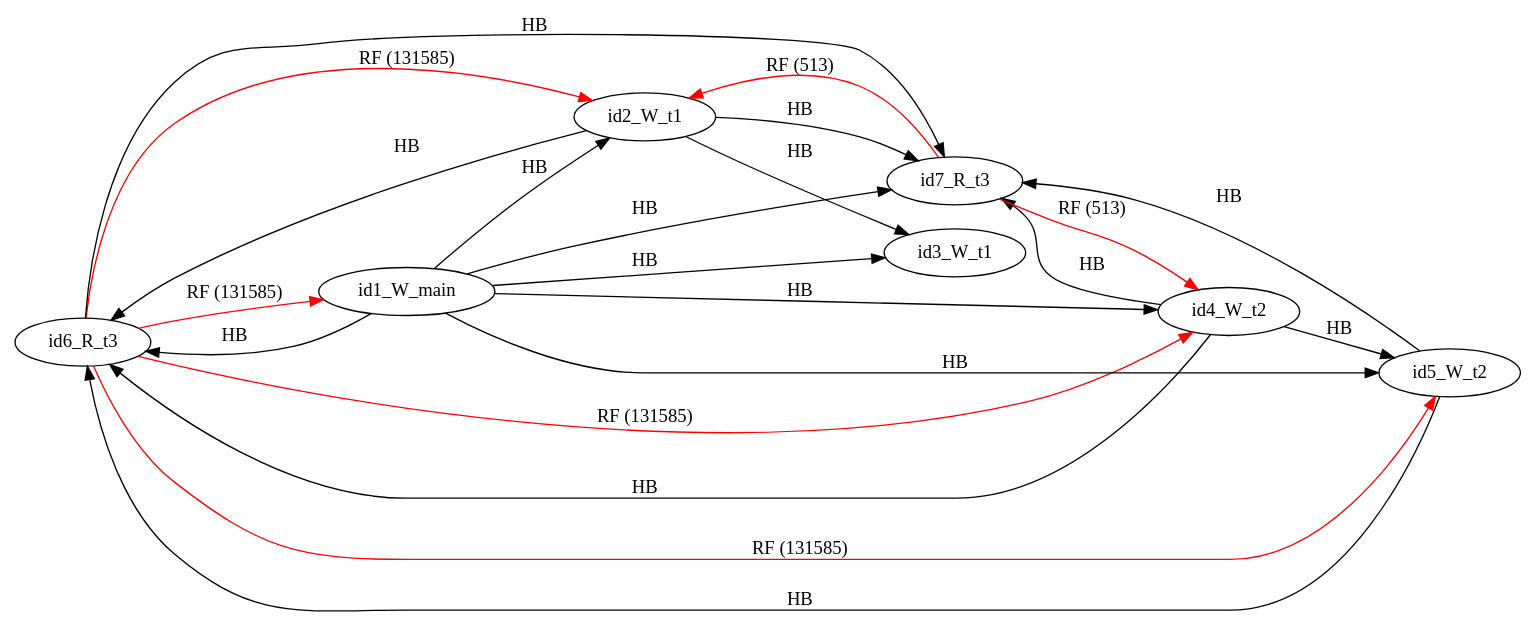
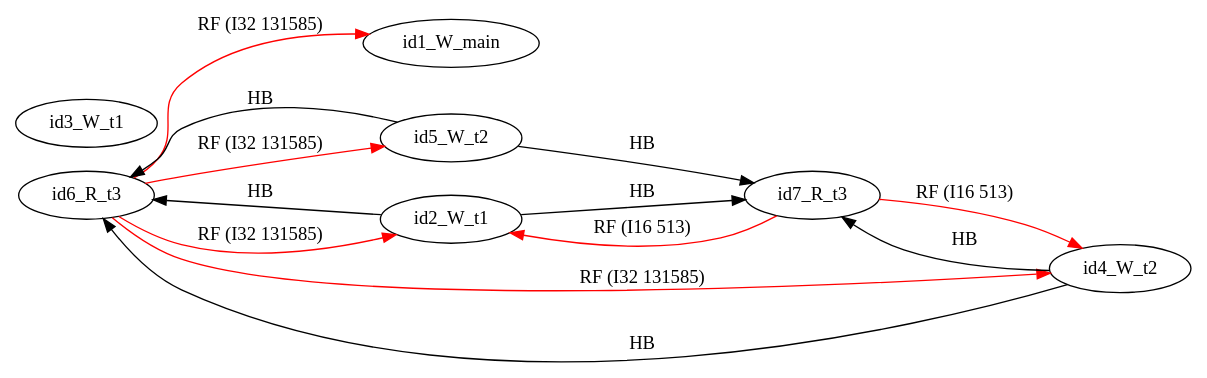
The diagram in examples/single_var/sv_simple14/mm22.dot (FMJS/EMME), drawn with Graphviz before and after one commit. The commit also changed 241 other files, not shown here.

```diff
--- a/examples/single_var/sv_simple14/mm22.dot
+++ b/examples/single_var/sv_simple14/mm22.dot
@@ -1,32 +1,23 @@
 digraph memory_model {
 rankdir=LR;
 splines=true; esep=0.5;
-id6_R_t3 -> id1_W_main [label = "RF (131585)", color="red"];
-id6_R_t3 -> id2_W_t1 [label = "RF (131585)", color="red"];
-id6_R_t3 -> id4_W_t2 [label = "RF (131585)", color="red"];
-id6_R_t3 -> id5_W_t2 [label = "RF (131585)", color="red"];
-id7_R_t3 -> id2_W_t1 [label = "RF (513)", color="red"];
-id7_R_t3 -> id4_W_t2 [label = "RF (513)", color="red"];
-id2_W_t1 -> id3_W_t1 [label = "HB", color="black"];
-id4_W_t2 -> id5_W_t2 [label = "HB", color="black"];
-id6_R_t3 -> id7_R_t3 [label = "HB", color="black"];
-id1_W_main -> id2_W_t1 [label = "HB", color="black"];
-id1_W_main -> id3_W_t1 [label = "HB", color="black"];
-id1_W_main -> id4_W_t2 [label = "HB", color="black"];
-id1_W_main -> id5_W_t2 [label = "HB", color="black"];
-id1_W_main -> id6_R_t3 [label = "HB", color="black"];
-id1_W_main -> id7_R_t3 [label = "HB", color="black"];
+id6_R_t3 -> id1_W_main [label = "RF (I32 131585)", color="red"];
+id6_R_t3 -> id2_W_t1 [label = "RF (I32 131585)", color="red"];
+id6_R_t3 -> id4_W_t2 [label = "RF (I32 131585)", color="red"];
+id6_R_t3 -> id5_W_t2 [label = "RF (I32 131585)", color="red"];
+id7_R_t3 -> id2_W_t1 [label = "RF (I16 513)", color="red"];
+id7_R_t3 -> id4_W_t2 [label = "RF (I16 513)", color="red"];
 id2_W_t1 -> id6_R_t3 [label = "HB", color="black"];
 id2_W_t1 -> id7_R_t3 [label = "HB", color="black"];
 id4_W_t2 -> id6_R_t3 [label = "HB", color="black"];
 id4_W_t2 -> id7_R_t3 [label = "HB", color="black"];
 id5_W_t2 -> id6_R_t3 [label = "HB", color="black"];
 id5_W_t2 -> id7_R_t3 [label = "HB", color="black"];
 id1_W_main [pos="5.0,4!"]
 id2_W_t1 [pos="0,2!"]
 id3_W_t1 [pos="0,0!"]
 id4_W_t2 [pos="5,2!"]
 id5_W_t2 [pos="5,0!"]
 id6_R_t3 [pos="10,2!"]
 id7_R_t3 [pos="10,0!"]
 }
```
